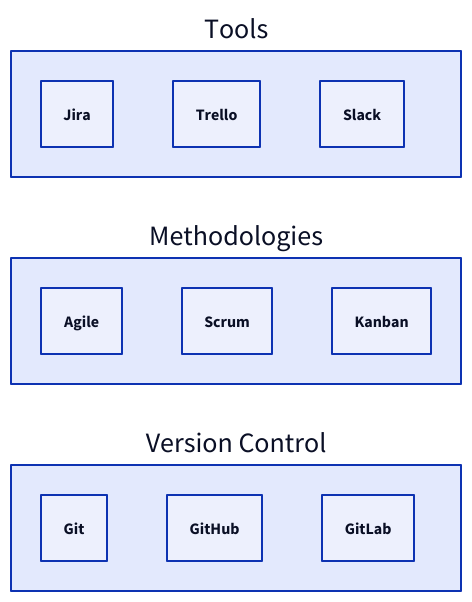
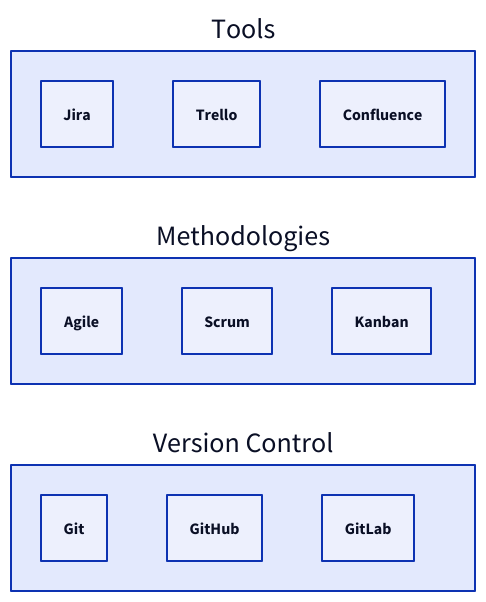
One commit to maycuatroi/blog changed the diagram in blogs/computer-vision-road-map/work_in_project.d2. Above: the diagram before and after it, drawn with D2. The commit also changed 9 other files, not shown here.

```diff
--- a/blogs/computer-vision-road-map/work_in_project.d2
+++ b/blogs/computer-vision-road-map/work_in_project.d2
@@ -1,39 +1,39 @@
 label: "Work in Project and Collaboration"
 tools: {
   label: "Tools"
   jira: {
     label: "Jira"
   }
   trello: {
     label: "Trello"
   }
-  slack: {
-    label: "Slack"
+  confluence: {
+    label: "Confluence"
   }
 }
 methodologies: {
   label: "Methodologies"
   agile: {
     label: "Agile"
   }
   scrum: {
     label: "Scrum"
   }
   kanban: {
     label: "Kanban"
   }
 }
 version_control: {
   label: "Version Control"
   git: {
     label: "Git"
   }
   github: {
     label: "GitHub"
   }
   gitlab: {
     label: "GitLab"
   }
 }
 
 grid-rows: 3
```
